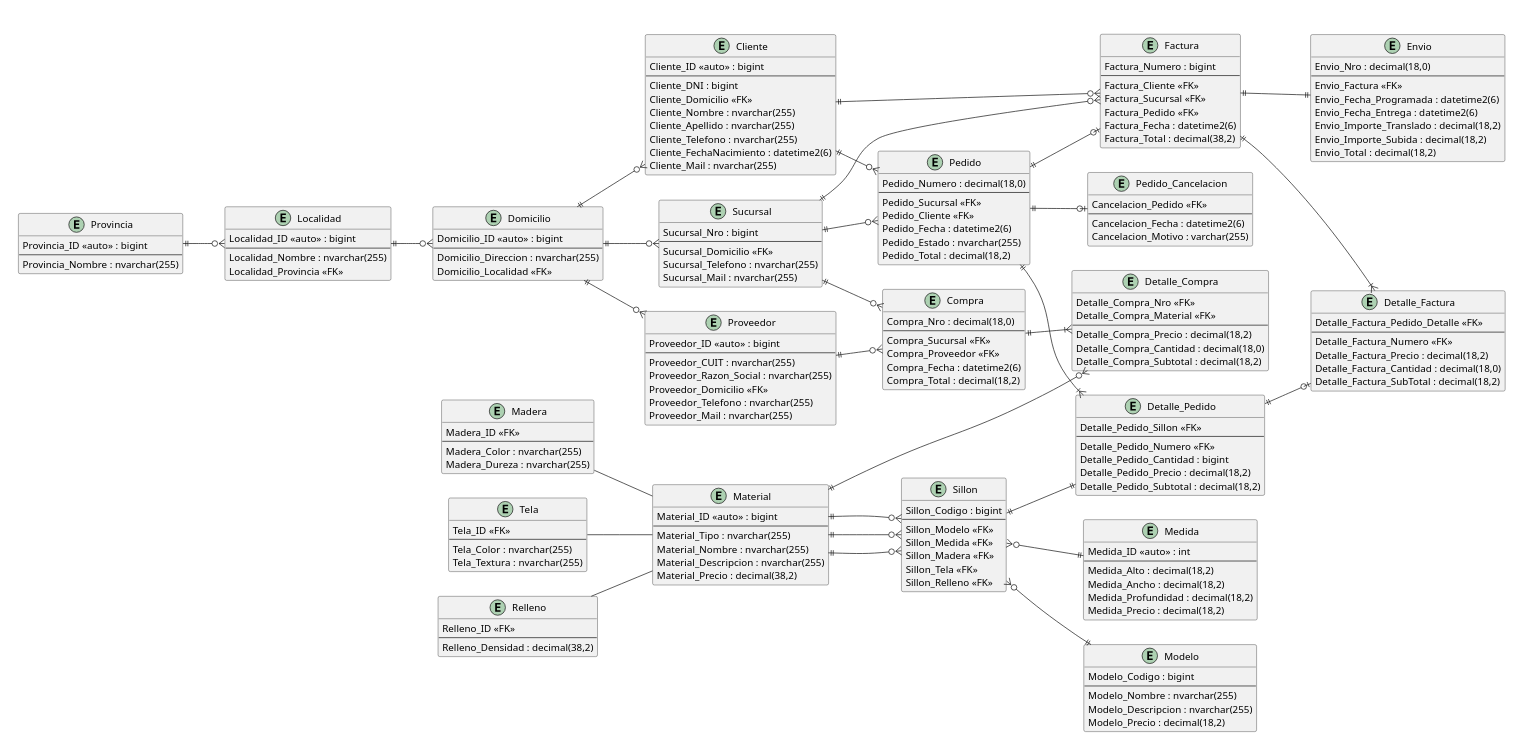
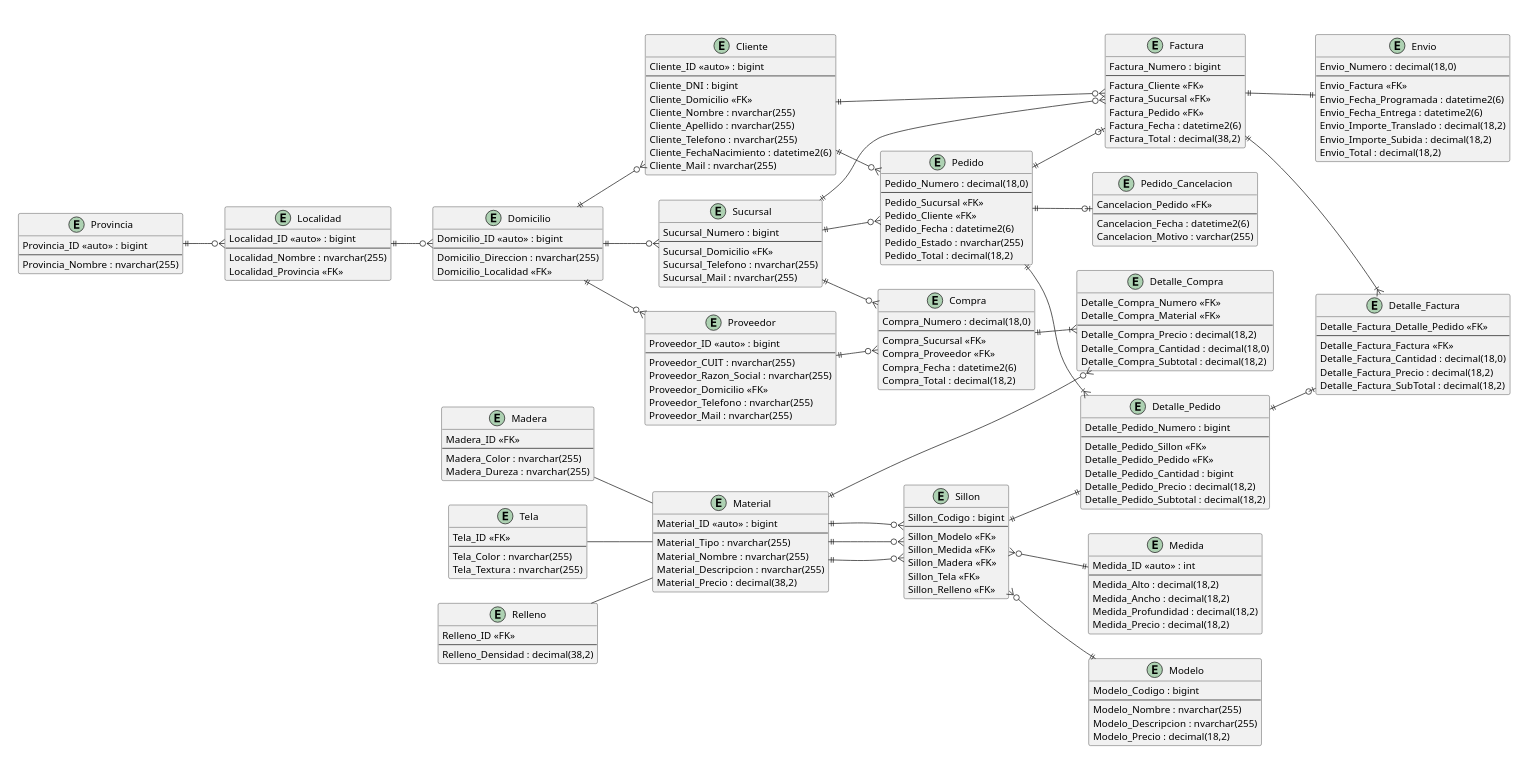
One commit to JuanManuelRama/BasesDeDatos changed the diagram in DER.puml. Above: the diagram before and after it, drawn with PlantUML.

Commit message:
Cambios de nomenclatura

```diff
--- a/DER.puml
+++ b/DER.puml
@@ -128,7 +128,7 @@
   }
 
   entity Sucursal {
-    Sucursal_Nro : bigint
+    Sucursal_Numero : bigint
     --
     Sucursal_Domicilio <<FK>>
     Sucursal_Telefono : nvarchar(255)
@@ -142,7 +142,7 @@
 
 package " " {
   entity Compra {
-    Compra_Nro : decimal(18,0)
+    Compra_Numero : decimal(18,0)
     --
     Compra_Sucursal <<FK>>
     Compra_Proveedor <<FK>>
@@ -150,7 +150,7 @@
     Compra_Total : decimal(18,2)
   }
   entity Detalle_Compra {
-    Detalle_Compra_Nro <<FK>>
+    Detalle_Compra_Numero <<FK>>
     Detalle_Compra_Material <<FK>>
     --
     Detalle_Compra_Precio : decimal(18,2)
@@ -175,9 +175,10 @@
     Pedido_Total : decimal(18,2)
   }
   entity Detalle_Pedido {
+    Detalle_Pedido_Numero : bigint
+    --
     Detalle_Pedido_Sillon <<FK>>
-    --
-    Detalle_Pedido_Numero <<FK>>
+    Detalle_Pedido_Pedido <<FK>>
     Detalle_Pedido_Cantidad : bigint
     Detalle_Pedido_Precio : decimal(18,2)
     Detalle_Pedido_Subtotal : decimal(18,2)
@@ -207,15 +208,15 @@
     Factura_Total : decimal(38,2)
   }
   entity Detalle_Factura {
-    Detalle_Factura_Pedido_Detalle <<FK>>
+    Detalle_Factura_Detalle_Pedido <<FK>>
     --
-    Detalle_Factura_Numero <<FK>>
+    Detalle_Factura_Factura <<FK>>
+    Detalle_Factura_Cantidad : decimal(18,0)
     Detalle_Factura_Precio : decimal(18,2)
-    Detalle_Factura_Cantidad : decimal(18,0)
     Detalle_Factura_SubTotal : decimal(18,2)
   }
   entity Envio {
-    Envio_Nro : decimal(18,0)
+    Envio_Numero : decimal(18,0)
     --
     Envio_Factura <<FK>>
     Envio_Fecha_Programada : datetime2(6)
```
